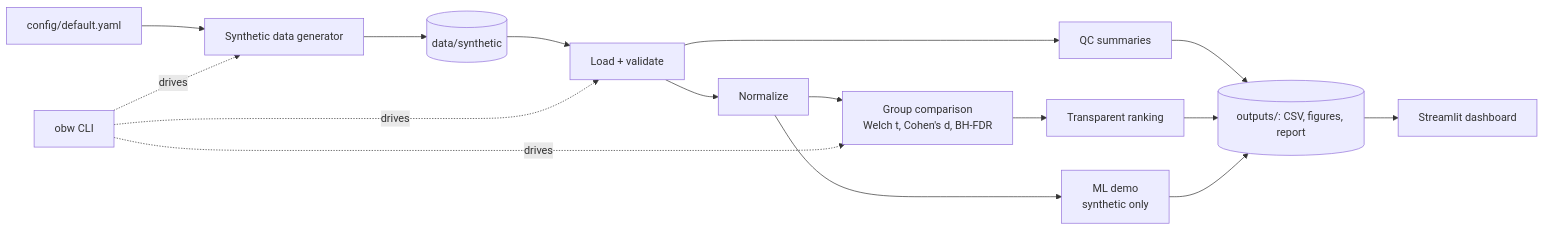
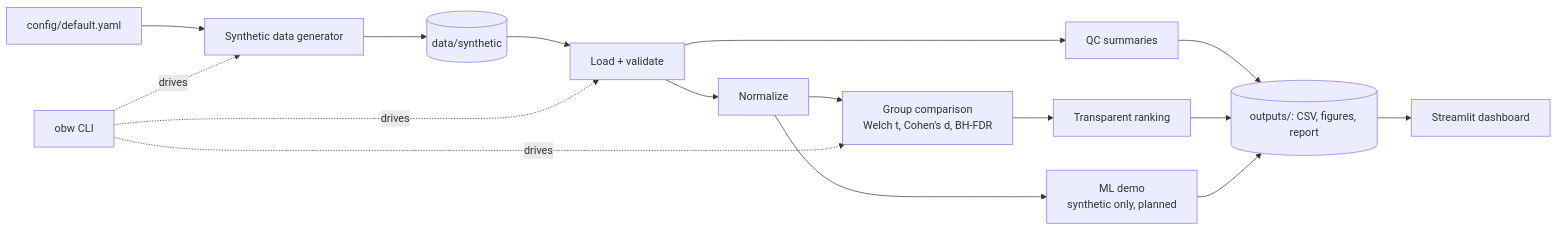
Before and after one commit to JonathanMCopelandJr/oncogenomics-biomarker-workbench: the diagram in README.md, drawn with Mermaid. The commit also changed other lines of this file and 33 other files, not shown here.

````diff
--- a/README.md
+++ b/README.md
@@ -26,16 +26,16 @@
 ```mermaid
 flowchart LR
     CFG[config/default.yaml] --> GEN[Synthetic data generator]
     GEN --> DATA[(data/synthetic)]
     DATA --> LOAD[Load + validate]
     LOAD --> QC[QC summaries]
     LOAD --> NORM[Normalize]
     NORM --> CMP[Group comparison<br/>Welch t, Cohen's d, BH-FDR]
     CMP --> RANK[Transparent ranking]
-    NORM --> ML[ML demo<br/>synthetic only]
+    NORM --> ML[ML demo<br/>synthetic only, planned]
     QC --> OUT[(outputs/: CSV, figures, report)]
     RANK --> OUT
     ML --> OUT
     OUT --> APP[Streamlit dashboard]
     CLI[obw CLI] -.drives.-> GEN & LOAD & CMP
 ```
````
